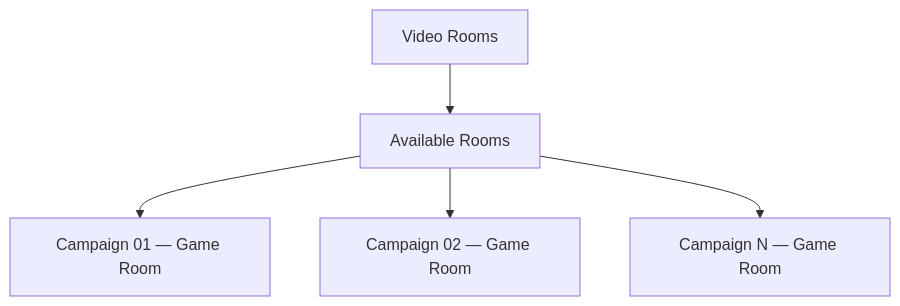
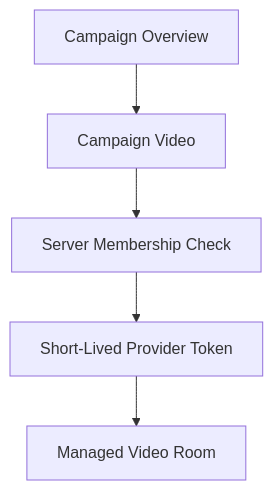
Before and after one commit to Andrey-0101/ttrpg-website: the fifth of 6 diagrams in docs/product/SITE_MAP.md, drawn with Mermaid. The commit also changed other lines of this file and 19 other files, not shown here.

````diff
--- a/docs/product/SITE_MAP.md
+++ b/docs/product/SITE_MAP.md
@@ -396,9 +141,7 @@
 ```mermaid
 flowchart TD
-    VIDEO_ROOMS["Video Rooms"]
-
-    VIDEO_ROOMS --> AVAILABLE["Available Rooms"]
-    AVAILABLE --> ROOM_01["Campaign 01 — Game Room"]
-    AVAILABLE --> ROOM_02["Campaign 02 — Game Room"]
-    AVAILABLE --> ROOM_N["Campaign N — Game Room"]
+    CAMPAIGN["Campaign Overview"] --> VIDEO["Campaign Video"]
+    VIDEO --> AUTH["Server Membership Check"]
+    AUTH --> TOKEN["Short-Lived Provider Token"]
+    TOKEN --> ROOM["Managed Video Room"]
 ```
````
